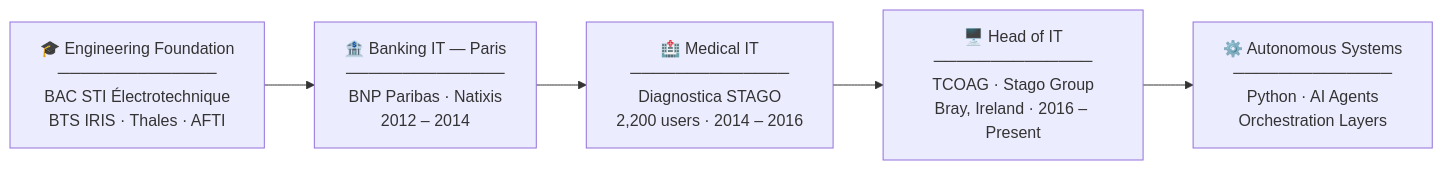
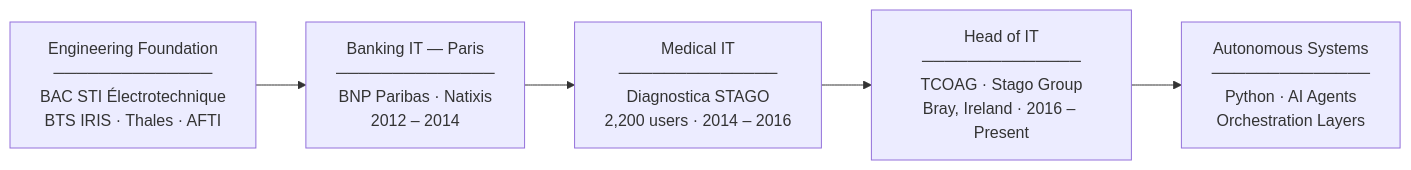
Before and after one commit to Stoneface30/Stoneface30: the diagram in README.md, drawn with Mermaid. The commit also changed other lines of this file, not shown here.

````diff
--- a/README.md
+++ b/README.md
@@ -11,9 +11,9 @@
 ```mermaid
 flowchart LR
-    EDU["🎓 Engineering Foundation<br/>──────────────<br/>BAC STI Électrotechnique<br/>BTS IRIS · Thales · AFTI"]
-    BANK["🏦 Banking IT — Paris<br/>──────────────<br/>BNP Paribas · Natixis<br/>2012 – 2014"]
-    MED["🏥 Medical IT<br/>──────────────<br/>Diagnostica STAGO<br/>2,200 users · 2014 – 2016"]
-    HEAD["🖥️ Head of IT<br/>──────────────<br/>TCOAG · Stago Group<br/>Bray, Ireland · 2016 – Present"]
-    SYS["⚙️ Autonomous Systems<br/>──────────────<br/>Python · AI Agents<br/>Orchestration Layers"]
+    EDU["Engineering Foundation<br/>──────────────<br/>BAC STI Électrotechnique<br/>BTS IRIS · Thales · AFTI"]
+    BANK["Banking IT — Paris<br/>──────────────<br/>BNP Paribas · Natixis<br/>2012 – 2014"]
+    MED["Medical IT<br/>──────────────<br/>Diagnostica STAGO<br/>2,200 users · 2014 – 2016"]
+    HEAD["Head of IT<br/>──────────────<br/>TCOAG · Stago Group<br/>Bray, Ireland · 2016 – Present"]
+    SYS["Autonomous Systems<br/>──────────────<br/>Python · AI Agents<br/>Orchestration Layers"]
     EDU --> BANK --> MED --> HEAD --> SYS
 ```
````
